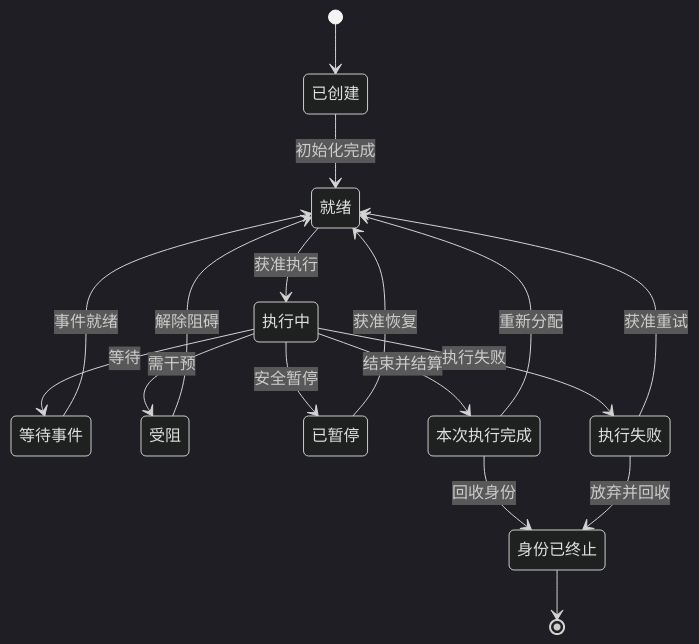
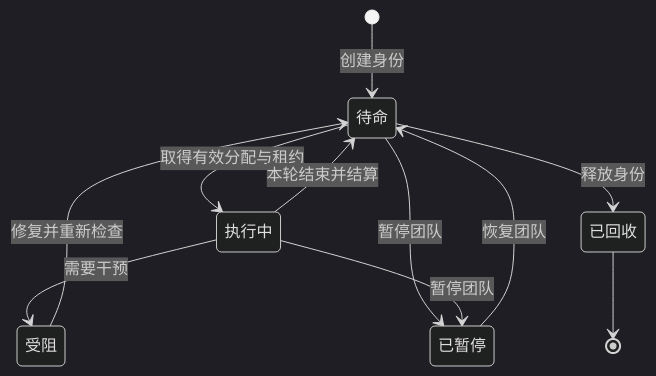
Before and after one commit to Luohaothu/dsh-flow: the second of 3 diagrams in docs/design/agents.md, drawn with Mermaid (dark theme). The commit also changed other lines of this file and 150 other files, not shown here.

````diff
--- a/docs/design/agents.md
+++ b/docs/design/agents.md
@@ -75,29 +75,18 @@
 ```mermaid
-%%{init: {"state": {"rankSpacing": 80, "nodeSpacing": 70}}}%%
 stateDiagram-v2
-    state "已创建" as CREATED
-    state "就绪" as READY
+    state "待命" as READY
     state "执行中" as RUNNING
-    state "等待事件" as WAITING
     state "受阻" as BLOCKED
     state "已暂停" as PAUSED
-    state "本次执行完成" as COMPLETED
-    state "执行失败" as FAILED
-    state "身份已终止" as TERMINATED
-    [*] --> CREATED
-    CREATED --> READY: 初始化完成
-    READY --> RUNNING: 获准执行
-    RUNNING --> WAITING: 等待
-    WAITING --> READY: 事件就绪
-    RUNNING --> BLOCKED: 需干预
-    BLOCKED --> READY: 解除阻碍
-    RUNNING --> PAUSED: 安全暂停
-    PAUSED --> READY: 获准恢复
-    RUNNING --> COMPLETED: 结束并结算
-    RUNNING --> FAILED: 执行失败
-    FAILED --> READY: 获准重试
-    COMPLETED --> READY: 重新分配
-    COMPLETED --> TERMINATED: 回收身份
-    FAILED --> TERMINATED: 放弃并回收
+    state "已回收" as TERMINATED
+    [*] --> READY: 创建身份
+    READY --> RUNNING: 取得有效分配与租约
+    RUNNING --> READY: 本轮结束并结算
+    RUNNING --> BLOCKED: 需要干预
+    BLOCKED --> READY: 修复并重新检查
+    READY --> PAUSED: 暂停团队
+    RUNNING --> PAUSED: 暂停团队
+    PAUSED --> READY: 恢复团队
+    READY --> TERMINATED: 释放身份
     TERMINATED --> [*]
 ```
````
